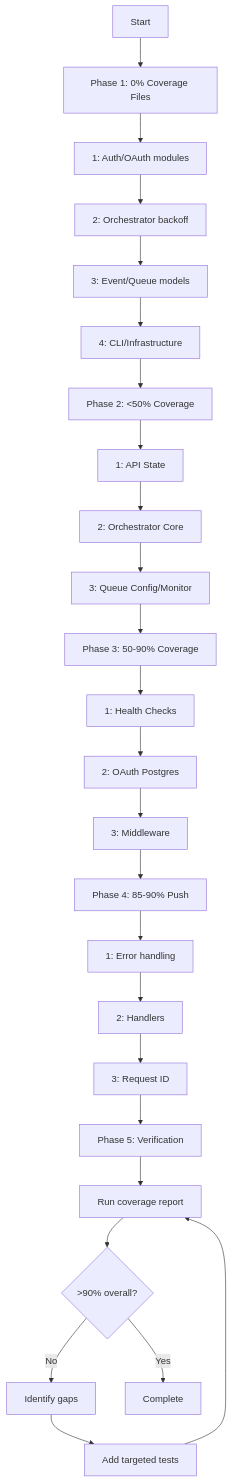
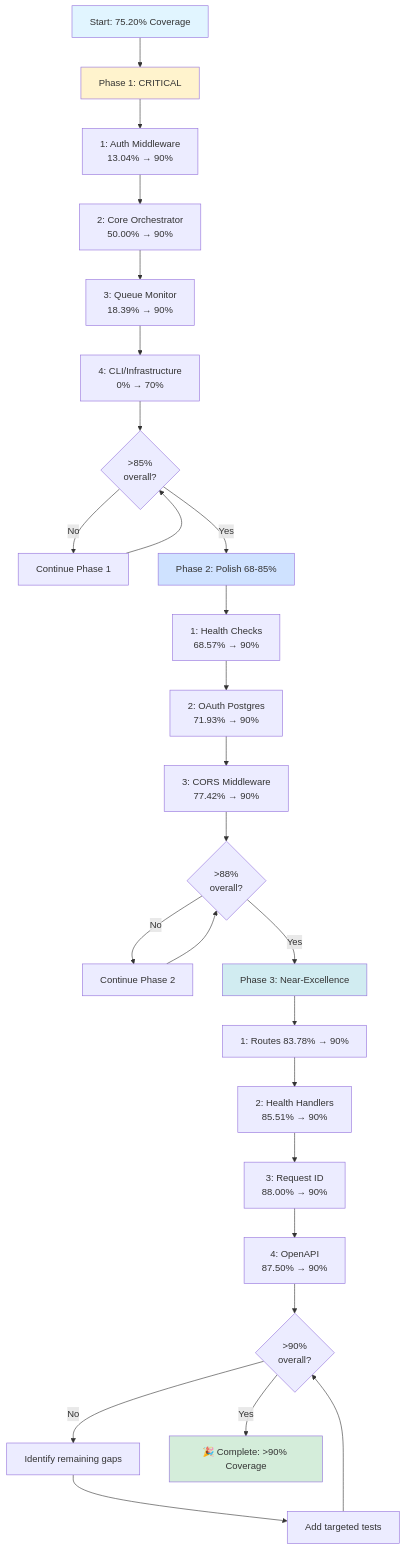
One commit to kruxia/kruxiaflow changed the diagram in docs/test-coverage-plan.md. Above: the diagram before and after it, drawn with Mermaid. The commit also changed other lines of this file and 16 other files, not shown here.

````diff
--- a/docs/test-coverage-plan.md
+++ b/docs/test-coverage-plan.md
@@ -260,31 +432,39 @@
 ```mermaid
 flowchart TB
-    Start[Start] --> P1[Phase 1: 0% Coverage Files]
-    P1 --> Auth[1: Auth/OAuth modules]
-    Auth --> Orch[2: Orchestrator backoff]
-    Orch --> Models[3: Event/Queue models]
-    Models --> CLI[4: CLI/Infrastructure]
+    Start[Start: 75.20% Coverage] --> P1[Phase 1: CRITICAL]
+    P1 --> Auth["1: Auth Middleware<br/>13.04% → 90%"]
+    Auth --> Orch["2: Core Orchestrator<br/>50.00% → 90%"]
+    Orch --> Monitor["3: Queue Monitor<br/>18.39% → 90%"]
+    Monitor --> CLI["4: CLI/Infrastructure<br/>0% → 70%"]
 
-    CLI --> P2[Phase 2: <50% Coverage]
-    P2 --> State[1: API State]
-    State --> OrchCore[2: Orchestrator Core]
-    OrchCore --> Queue[3: Queue Config/Monitor]
+    CLI --> Check1{>85%<br/>overall?}
+    Check1 -->|No| Continue1[Continue Phase 1]
+    Continue1 --> Check1
+    Check1 -->|Yes| P2[Phase 2: Polish 68-85%]
 
-    Queue --> P3[Phase 3: 50-90% Coverage]
-    P3 --> Health[1: Health Checks]
-    Health --> OAuth2[2: OAuth Postgres]
-    OAuth2 --> Mid[3: Middleware]
+    P2 --> Health["1: Health Checks<br/>68.57% → 90%"]
+    Health --> OAuth["2: OAuth Postgres<br/>71.93% → 90%"]
+    OAuth --> CORS["3: CORS Middleware<br/>77.42% → 90%"]
 
-    Mid --> P4[Phase 4: 85-90% Push]
-    P4 --> Errors[1: Error handling]
-    Errors --> Handlers[2: Handlers]
-    Handlers --> ReqID[3: Request ID]
+    CORS --> Check2{>88%<br/>overall?}
+    Check2 -->|No| Continue2[Continue Phase 2]
+    Continue2 --> Check2
+    Check2 -->|Yes| P3[Phase 3: Near-Excellence]
 
-    ReqID --> P5[Phase 5: Verification]
-    P5 --> Verify[Run coverage report]
-    Verify --> Goal{>90% overall?}
-    Goal -->|No| Gap[Identify gaps]
+    P3 --> Routes["1: Routes 83.78% → 90%"]
+    Routes --> HealthH["2: Health Handlers<br/>85.51% → 90%"]
+    HealthH --> ReqID["3: Request ID<br/>88.00% → 90%"]
+    ReqID --> OpenAPI["4: OpenAPI<br/>87.50% → 90%"]
+
+    OpenAPI --> Final{>90%<br/>overall?}
+    Final -->|No| Gap[Identify remaining gaps]
     Gap --> Fix[Add targeted tests]
-    Fix --> Verify
-    Goal -->|Yes| Done[Complete]
+    Fix --> Final
+    Final -->|Yes| Done[🎉 Complete: >90% Coverage]
+
+    style Start fill:#e1f5ff
+    style Done fill:#d4edda
+    style P1 fill:#fff3cd
+    style P2 fill:#cfe2ff
+    style P3 fill:#d1ecf1
 ```
````
